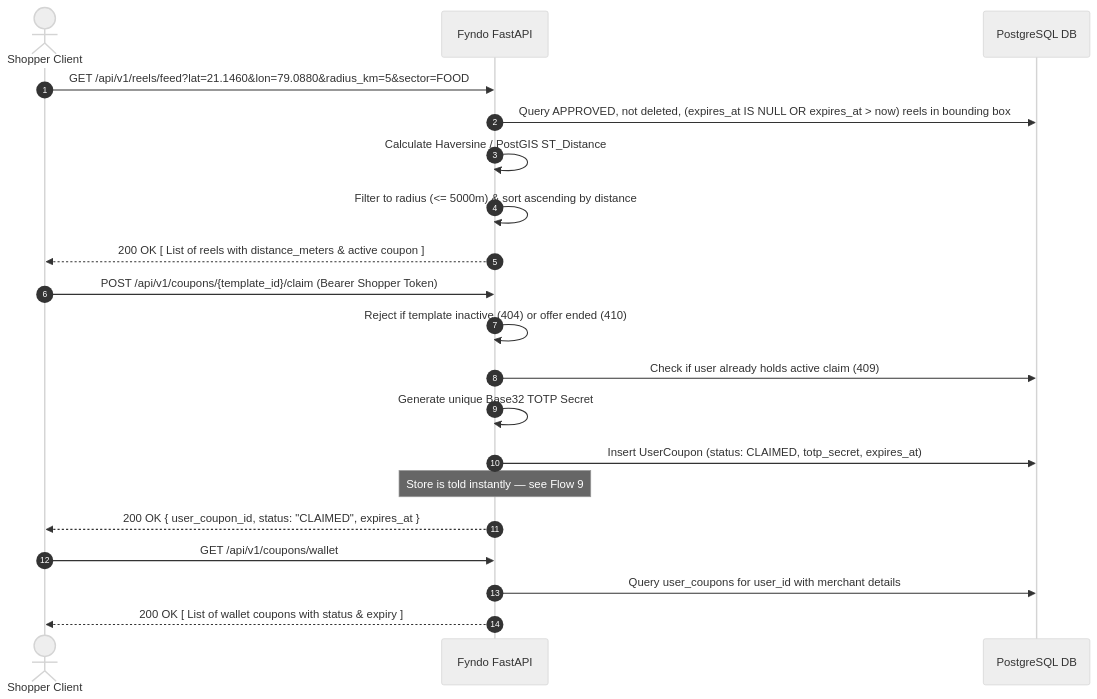
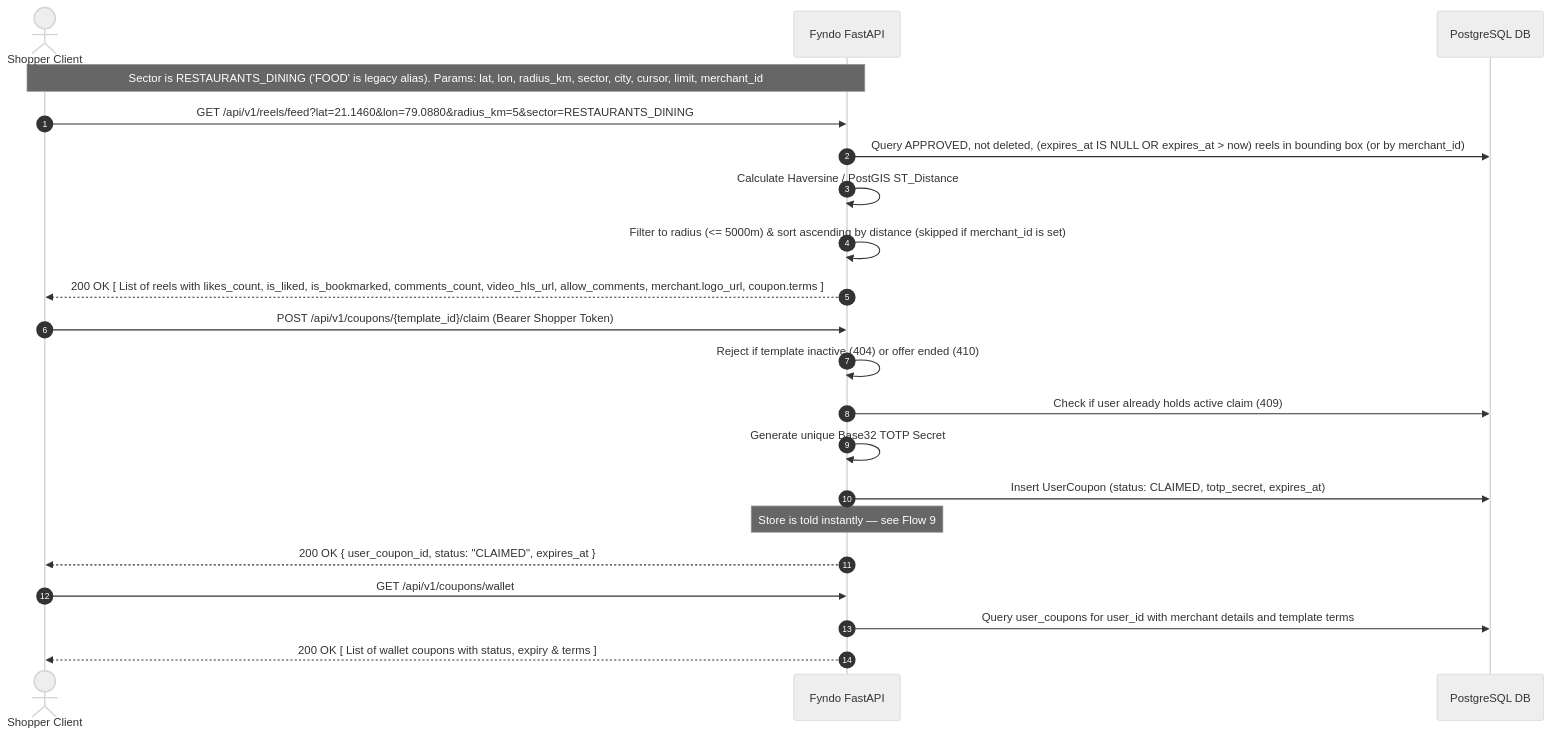
The fifth of 11 diagrams in backend/docs/backend_schema_and_flow_guide.md (sudarshankakde/Fyndo), drawn with Mermaid (neutral theme) before and after one commit. The commit also changed other lines of this file and 18 other files, not shown here.

Commit message:
feat(backend): reel processing with audio mixing, shopper feed connectivity, and merchant public profile enhancement

````diff
--- a/backend/docs/backend_schema_and_flow_guide.md
+++ b/backend/docs/backend_schema_and_flow_guide.md
@@ -382,25 +417,26 @@
 ```mermaid
 sequenceDiagram
     autonumber
     actor Shopper as Shopper Client
     participant API as Fyndo FastAPI
     participant DB as PostgreSQL DB
 
-    Shopper->>API: GET /api/v1/reels/feed?lat=21.1460&lon=79.0880&radius_km=5&sector=FOOD
-    API->>DB: Query APPROVED, not deleted, (expires_at IS NULL OR expires_at > now) reels in bounding box
+    Note over Shopper, API: Sector is RESTAURANTS_DINING ('FOOD' is legacy alias). Params: lat, lon, radius_km, sector, city, cursor, limit, merchant_id
+    Shopper->>API: GET /api/v1/reels/feed?lat=21.1460&lon=79.0880&radius_km=5&sector=RESTAURANTS_DINING
+    API->>DB: Query APPROVED, not deleted, (expires_at IS NULL OR expires_at > now) reels in bounding box (or by merchant_id)
     API->>API: Calculate Haversine / PostGIS ST_Distance
-    API->>API: Filter to radius (<= 5000m) & sort ascending by distance
-    API-->>Shopper: 200 OK [ List of reels with distance_meters & active coupon ]
+    API->>API: Filter to radius (<= 5000m) & sort ascending by distance (skipped if merchant_id is set)
+    API-->>Shopper: 200 OK [ List of reels with likes_count, is_liked, is_bookmarked, comments_count, video_hls_url, allow_comments, merchant.logo_url, coupon.terms ]
 
     Shopper->>API: POST /api/v1/coupons/{template_id}/claim (Bearer Shopper Token)
     API->>API: Reject if template inactive (404) or offer ended (410)
     API->>DB: Check if user already holds active claim (409)
     API->>API: Generate unique Base32 TOTP Secret
     API->>DB: Insert UserCoupon (status: CLAIMED, totp_secret, expires_at)
     Note over API: Store is told instantly — see Flow 9
     API-->>Shopper: 200 OK { user_coupon_id, status: "CLAIMED", expires_at }
 
     Shopper->>API: GET /api/v1/coupons/wallet
-    API->>DB: Query user_coupons for user_id with merchant details
-    API-->>Shopper: 200 OK [ List of wallet coupons with status & expiry ]
+    API->>DB: Query user_coupons for user_id with merchant details and template terms
+    API-->>Shopper: 200 OK [ List of wallet coupons with status, expiry & terms ]
 ```
````
